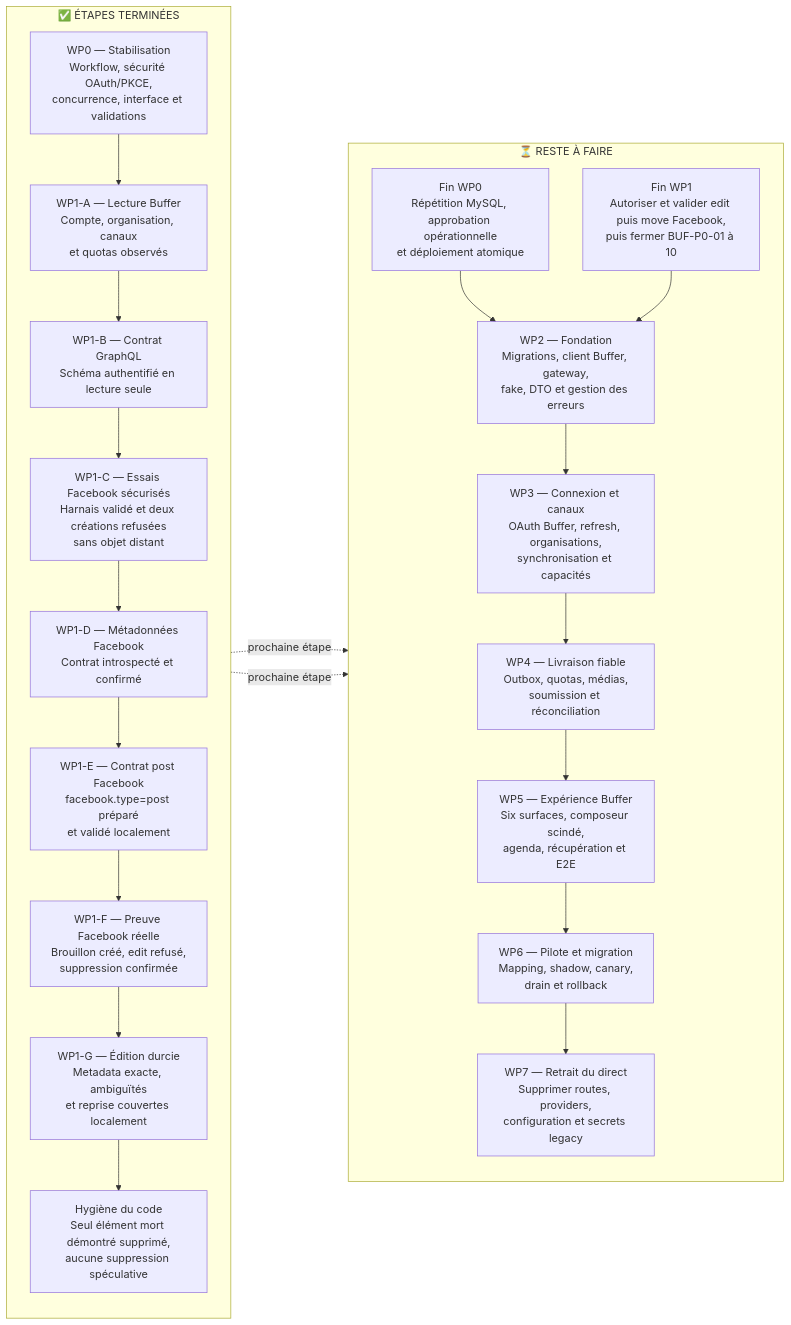
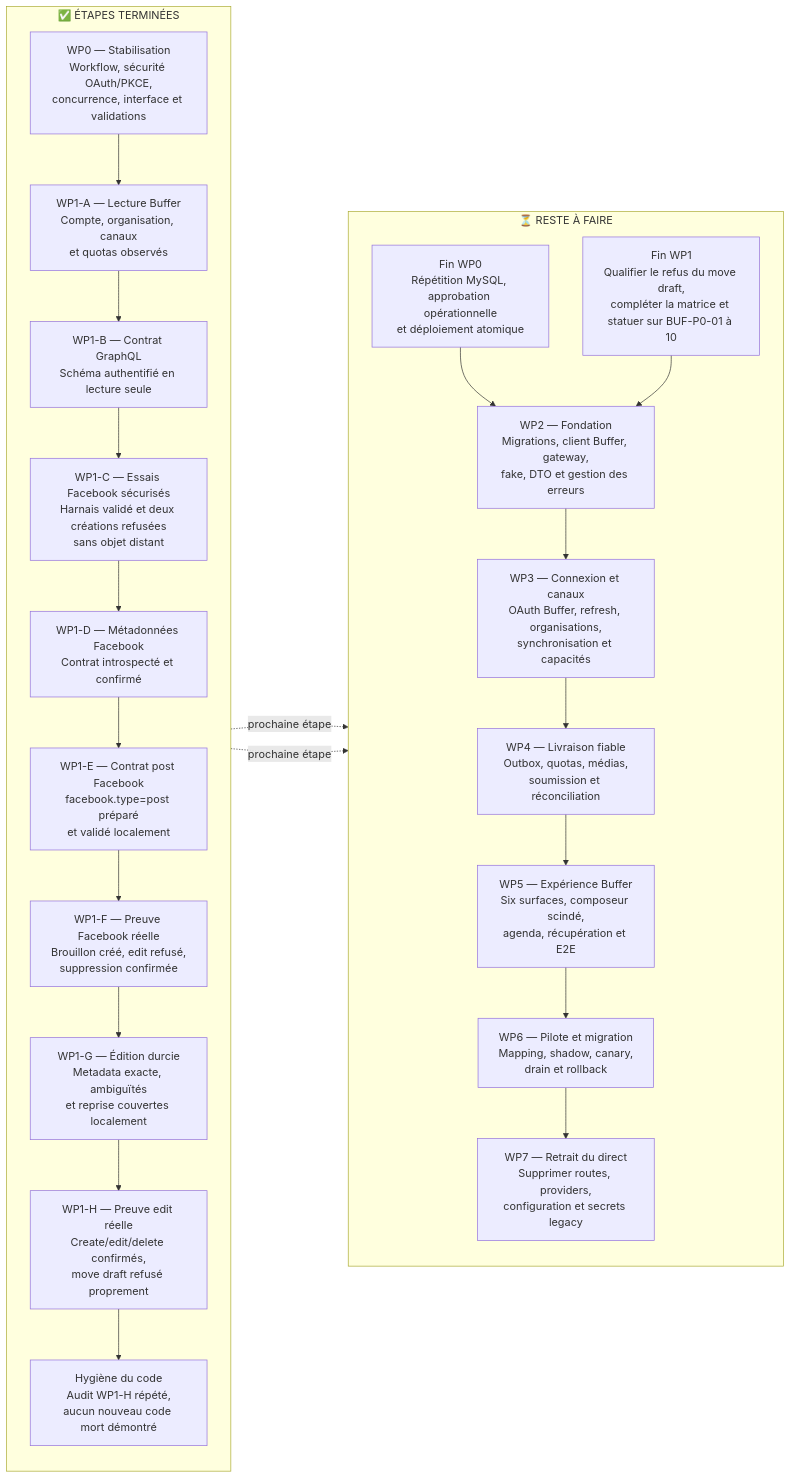
The diagram in docs/MALIKIA_PULSE_AVANCEMENT_VISUEL.md (Lenenba/mlkpro_v3), drawn with Mermaid before and after one commit. The commit also changed 3 other files, not shown here.

Commit message:
docs(pulse): record WP1-H Facebook edit proof

````diff
--- a/docs/MALIKIA_PULSE_AVANCEMENT_VISUEL.md
+++ b/docs/MALIKIA_PULSE_AVANCEMENT_VISUEL.md
@@ -5,36 +5,37 @@
 ```mermaid
 flowchart LR
     subgraph DONE["✅ ÉTAPES TERMINÉES"]
         direction TB
         D0["WP0 — Stabilisation<br/>Workflow, sécurité OAuth/PKCE,<br/>concurrence, interface et validations"]
         D1A["WP1-A — Lecture Buffer<br/>Compte, organisation, canaux<br/>et quotas observés"]
         D1B["WP1-B — Contrat GraphQL<br/>Schéma authentifié en lecture seule"]
         D1C["WP1-C — Essais Facebook sécurisés<br/>Harnais validé et deux créations refusées<br/>sans objet distant"]
         D1D["WP1-D — Métadonnées Facebook<br/>Contrat introspecté et confirmé"]
         D1E["WP1-E — Contrat post Facebook<br/>facebook.type=post préparé<br/>et validé localement"]
         D1F["WP1-F — Preuve Facebook réelle<br/>Brouillon créé, edit refusé,<br/>suppression confirmée"]
         D1G["WP1-G — Édition durcie<br/>Metadata exacte, ambiguïtés<br/>et reprise couvertes localement"]
-        DQ["Hygiène du code<br/>Seul élément mort démontré supprimé,<br/>aucune suppression spéculative"]
+        D1H["WP1-H — Preuve edit réelle<br/>Create/edit/delete confirmés,<br/>move draft refusé proprement"]
+        DQ["Hygiène du code<br/>Audit WP1-H répété,<br/>aucun nouveau code mort démontré"]
 
-        D0 --> D1A --> D1B --> D1C --> D1D --> D1E --> D1F --> D1G --> DQ
+        D0 --> D1A --> D1B --> D1C --> D1D --> D1E --> D1F --> D1G --> D1H --> DQ
     end
 
     subgraph TODO["⏳ RESTE À FAIRE"]
         direction TB
         T0["Fin WP0<br/>Répétition MySQL, approbation opérationnelle<br/>et déploiement atomique"]
-        T1["Fin WP1<br/>Autoriser et valider edit puis move Facebook,<br/>puis fermer BUF-P0-01 à 10"]
+        T1["Fin WP1<br/>Qualifier le refus du move draft,<br/>compléter la matrice et statuer sur BUF-P0-01 à 10"]
         T2["WP2 — Fondation<br/>Migrations, client Buffer, gateway,<br/>fake, DTO et gestion des erreurs"]
         T3["WP3 — Connexion et canaux<br/>OAuth Buffer, refresh, organisations,<br/>synchronisation et capacités"]
         T4["WP4 — Livraison fiable<br/>Outbox, quotas, médias,<br/>soumission et réconciliation"]
         T5["WP5 — Expérience Buffer<br/>Six surfaces, composeur scindé,<br/>agenda, récupération et E2E"]
         T6["WP6 — Pilote et migration<br/>Mapping, shadow, canary,<br/>drain et rollback"]
         T7["WP7 — Retrait du direct<br/>Supprimer routes, providers,<br/>configuration et secrets legacy"]
 
         T0 --> T2
         T1 --> T2
         T2 --> T3 --> T4 --> T5 --> T6 --> T7
     end
 
     DQ -. prochaine étape .-> T0
     DQ -. prochaine étape .-> T1
 ```
````
